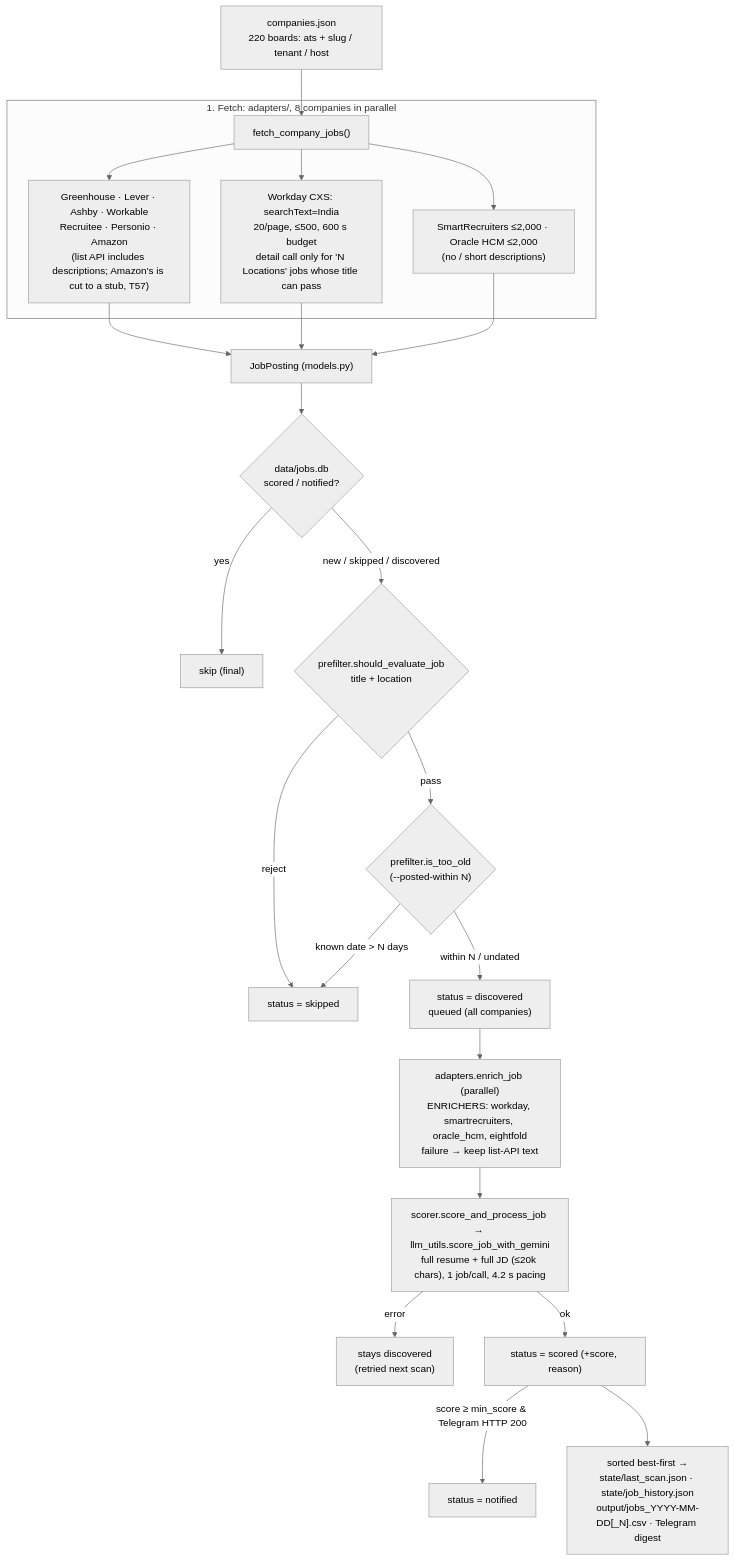
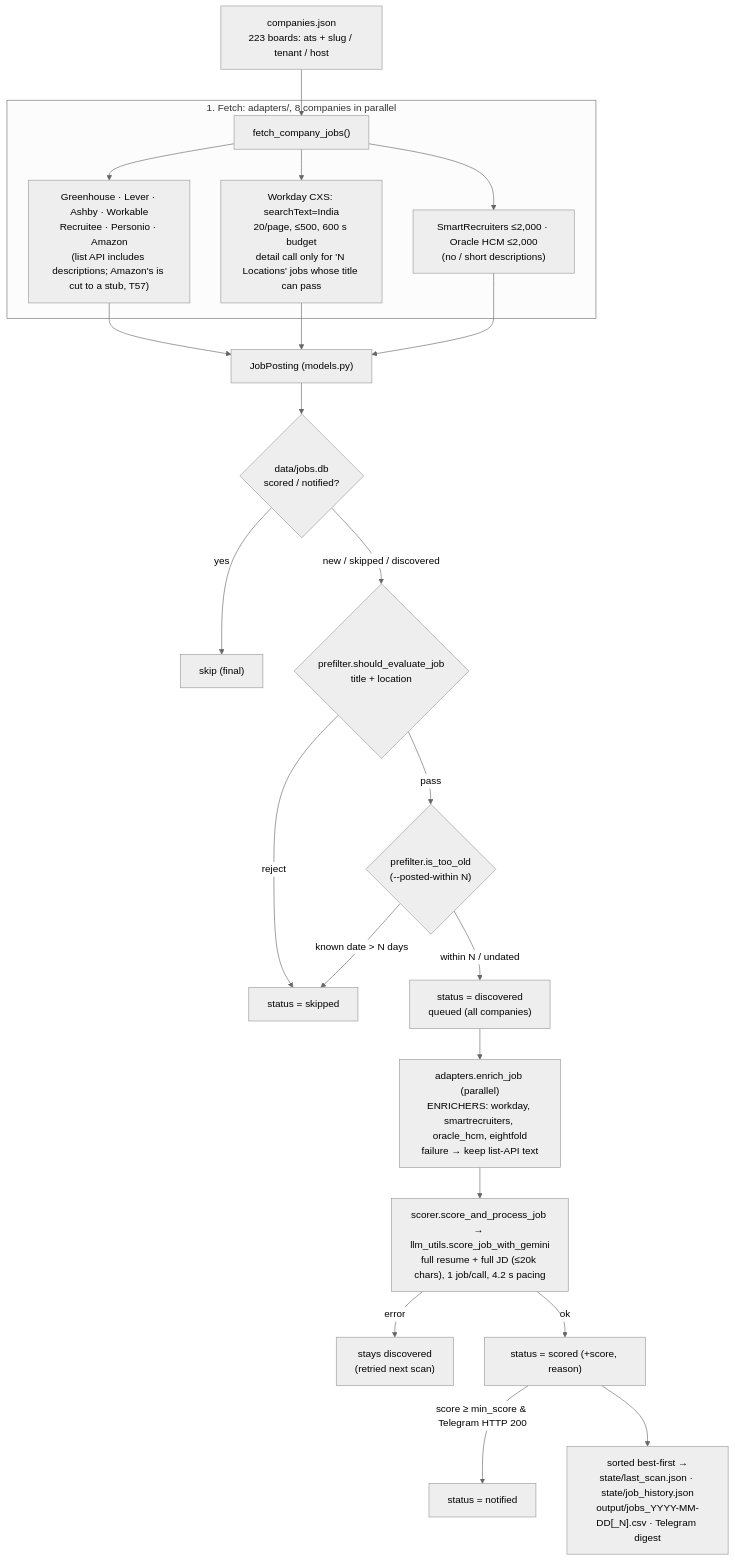
The diagram in ARCHITECTURE.md (Manish814142/rolesight), drawn with Mermaid (neutral theme) before and after one commit. The commit also changed 8 other files, not shown here.

````diff
--- a/ARCHITECTURE.md
+++ b/ARCHITECTURE.md
@@ -19,25 +19,25 @@
 ```mermaid
 flowchart TD
-    COMP["companies.json<br/>220 boards: ats + slug / tenant / host"] --> FETCH
+    COMP["companies.json<br/>223 boards: ats + slug / tenant / host"] --> FETCH
     subgraph Fetch ["1. Fetch: adapters/, 8 companies in parallel"]
         FETCH["fetch_company_jobs()"] --> LISTAPI["Greenhouse · Lever · Ashby · Workable<br/>Recruitee · Personio · Amazon<br/>(list API includes descriptions; Amazon's is cut to a stub, T57)"]
         FETCH --> WD["Workday CXS: searchText=India<br/>20/page, ≤500, 600 s budget<br/>detail call only for 'N Locations' jobs whose title can pass"]
         FETCH --> SROH["SmartRecruiters ≤2,000 · Oracle HCM ≤2,000<br/>(no / short descriptions)"]
     end
     LISTAPI --> JP["JobPosting (models.py)"]
     WD --> JP
     SROH --> JP
     JP --> DEDUP{"data/jobs.db<br/>scored / notified?"}
     DEDUP -- yes --> SKIPF["skip (final)"]
     DEDUP -- "new / skipped / discovered" --> PF{"prefilter.should_evaluate_job<br/>title + location"}
     PF -- reject --> SKIPPED["status = skipped"]
     PF -- pass --> AGE{"prefilter.is_too_old<br/>(--posted-within N)"}
     AGE -- "known date > N days" --> SKIPPED
     AGE -- "within N / undated" --> QUEUE["status = discovered<br/>queued (all companies)"]
     QUEUE --> ENRICH["adapters.enrich_job (parallel)<br/>ENRICHERS: workday, smartrecruiters, oracle_hcm, eightfold<br/>failure → keep list-API text"]
     ENRICH --> SCORE["scorer.score_and_process_job → llm_utils.score_job_with_gemini<br/>full resume + full JD (≤20k chars), 1 job/call, 4.2 s pacing"]
     SCORE -- error --> DISC["stays discovered<br/>(retried next scan)"]
     SCORE -- ok --> SCORED["status = scored (+score, reason)"]
     SCORED -- "score ≥ min_score & Telegram HTTP 200" --> NOTIFIED["status = notified"]
     SCORED --> OUT["sorted best-first →<br/>state/last_scan.json · state/job_history.json<br/>output/jobs_YYYY-MM-DD[_N].csv · Telegram digest"]
 ```
````
